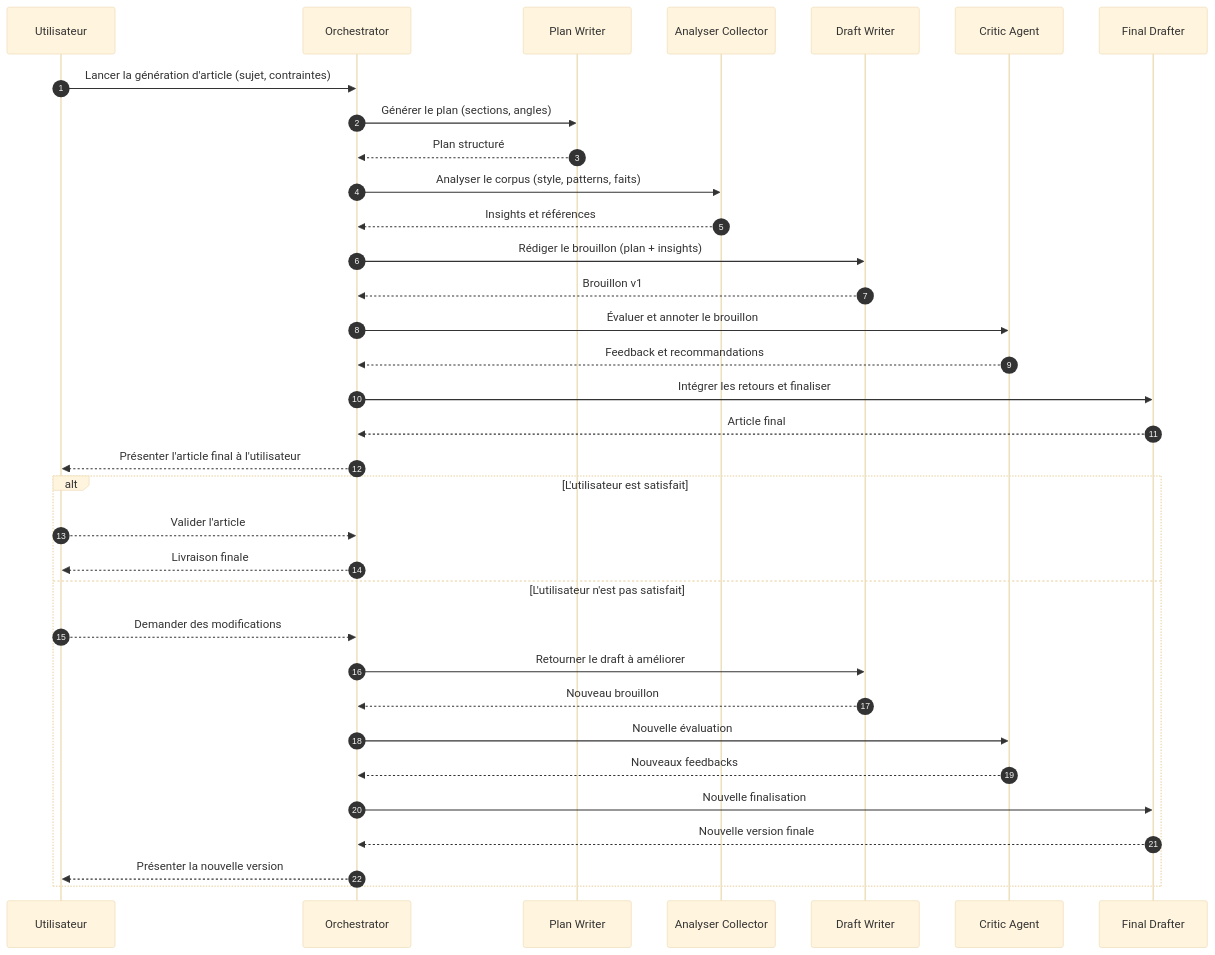
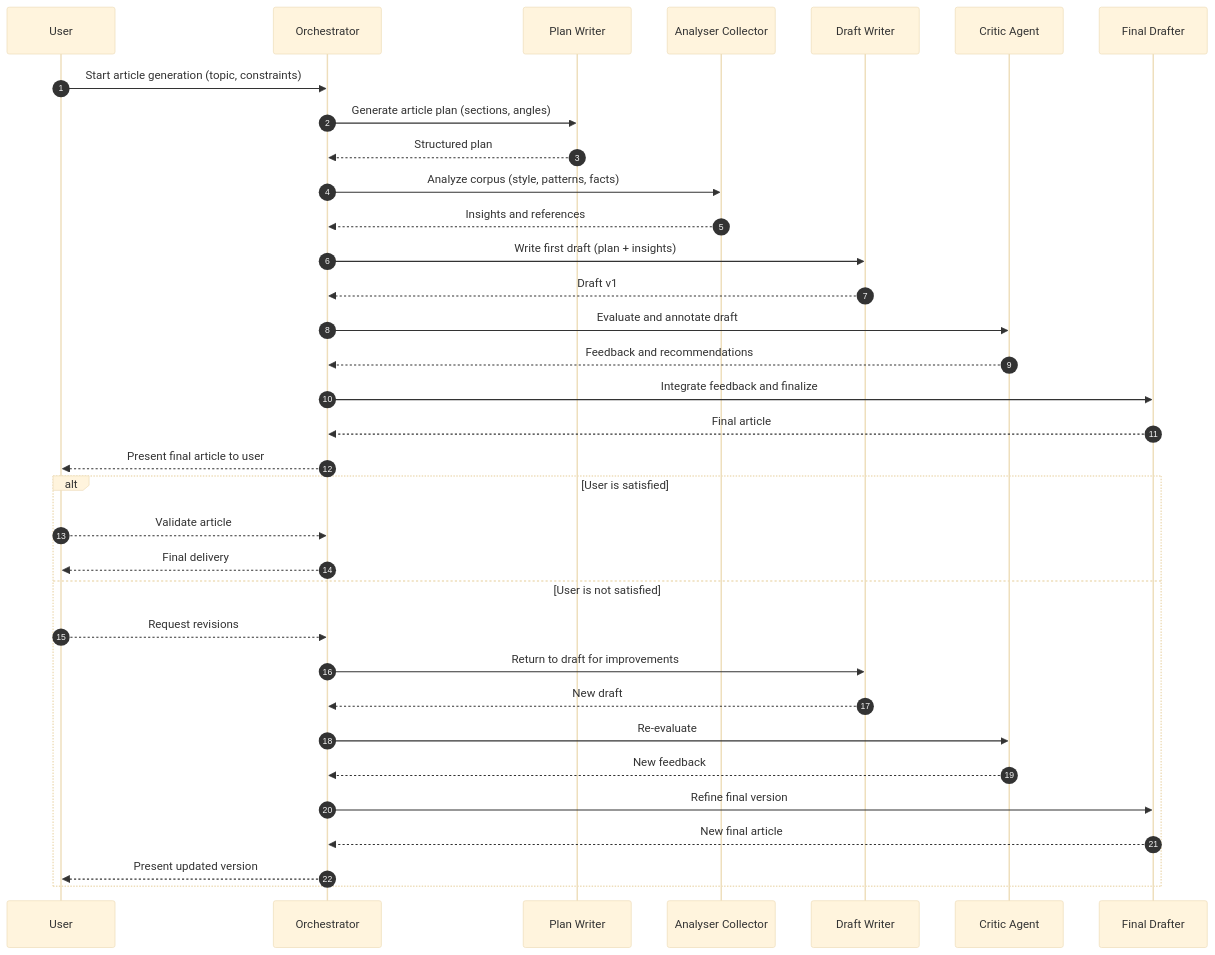
The diagram in README.md (DeJongnick/Agentic_Times), drawn with Mermaid (base theme) before and after one commit. The commit also changed other lines of this file, not shown here.

````diff
--- a/README.md
+++ b/README.md
@@ -49,43 +62,43 @@
 ```mermaid
 sequenceDiagram
     autonumber
-    participant User as Utilisateur
+    participant User as User
     participant Orch as Orchestrator
     participant Plan as Plan Writer
     participant Anal as Analyser Collector
     participant Draft as Draft Writer
     participant Crit as Critic Agent
     participant Final as Final Drafter
 
-    User->>Orch: Lancer la génération d'article (sujet, contraintes)
-    Orch->>Plan: Générer le plan (sections, angles)
-    Plan-->>Orch: Plan structuré
+    User->>Orch: Start article generation (topic, constraints)
+    Orch->>Plan: Generate article plan (sections, angles)
+    Plan-->>Orch: Structured plan
 
-    Orch->>Anal: Analyser le corpus (style, patterns, faits)
-    Anal-->>Orch: Insights et références
+    Orch->>Anal: Analyze corpus (style, patterns, facts)
+    Anal-->>Orch: Insights and references
 
-    Orch->>Draft: Rédiger le brouillon (plan + insights)
-    Draft-->>Orch: Brouillon v1
+    Orch->>Draft: Write first draft (plan + insights)
+    Draft-->>Orch: Draft v1
 
-    Orch->>Crit: Évaluer et annoter le brouillon
-    Crit-->>Orch: Feedback et recommandations
+    Orch->>Crit: Evaluate and annotate draft
+    Crit-->>Orch: Feedback and recommendations
 
-    Orch->>Final: Intégrer les retours et finaliser
-    Final-->>Orch: Article final
+    Orch->>Final: Integrate feedback and finalize
+    Final-->>Orch: Final article
 
-    Orch-->>User: Présenter l'article final à l'utilisateur
-    alt L'utilisateur est satisfait
-        User-->>Orch: Valider l'article
-        Orch-->>User: Livraison finale
-    else L'utilisateur n'est pas satisfait
-        User-->>Orch: Demander des modifications
-        Orch->>Draft: Retourner le draft à améliorer
-        Draft-->>Orch: Nouveau brouillon
-        Orch->>Crit: Nouvelle évaluation
-        Crit-->>Orch: Nouveaux feedbacks
-        Orch->>Final: Nouvelle finalisation
-        Final-->>Orch: Nouvelle version finale
-        Orch-->>User: Présenter la nouvelle version
-        %% Boucle potentielle jusqu'à validation
+    Orch-->>User: Present final article to user
+    alt User is satisfied
+        User-->>Orch: Validate article
+        Orch-->>User: Final delivery
+    else User is not satisfied
+        User-->>Orch: Request revisions
+        Orch->>Draft: Return to draft for improvements
+        Draft-->>Orch: New draft
+        Orch->>Crit: Re-evaluate
+        Crit-->>Orch: New feedback
+        Orch->>Final: Refine final version
+        Final-->>Orch: New final article
+        Orch-->>User: Present updated version
+        %% Potential loop until validation
     end
 ```
````
